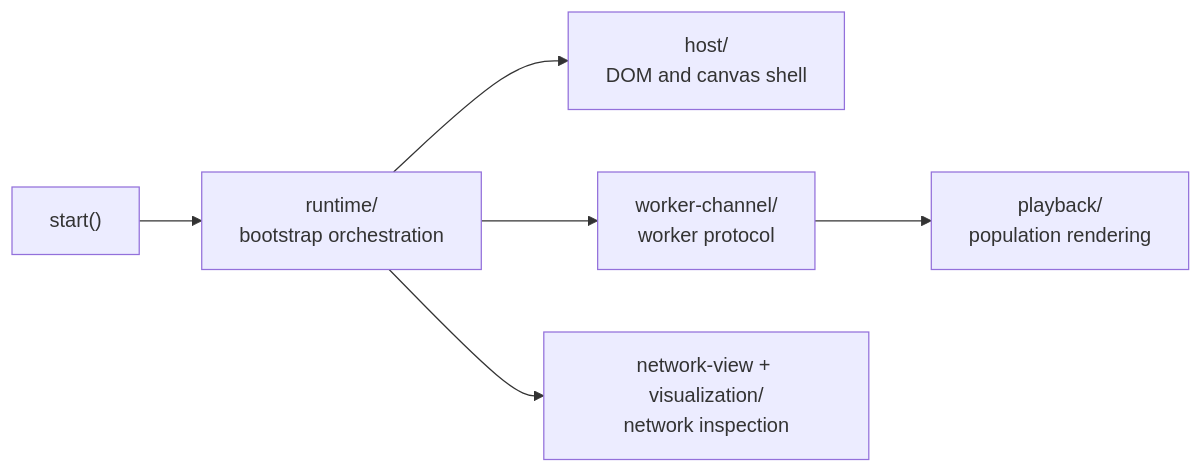
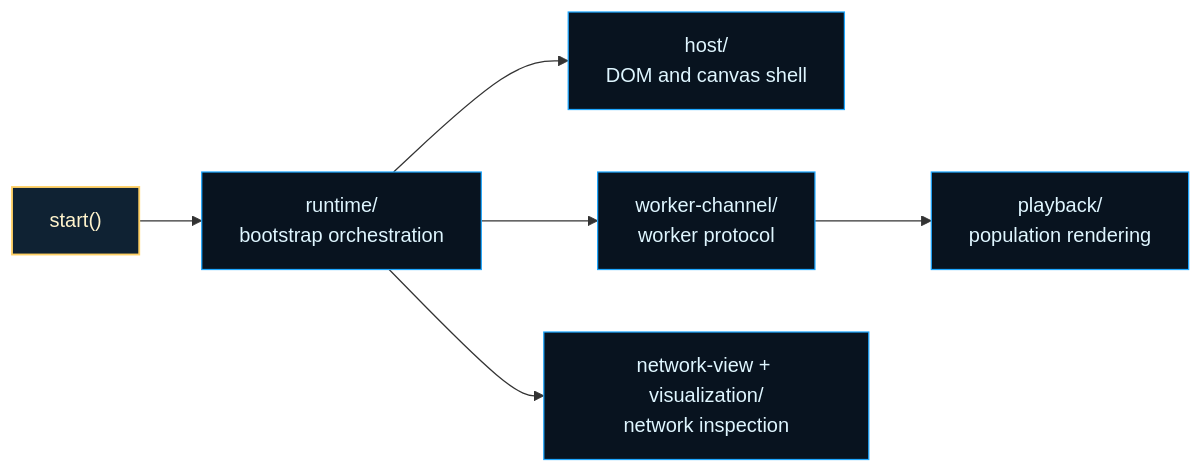
Before and after one commit to reicek/NeatapticTS: the first of 3 diagrams in test/examples/flappy_bird/browser-entry/README.md, drawn with Mermaid. The commit also changed other lines of this file and 121 other files, not shown here.

````diff
--- a/test/examples/flappy_bird/browser-entry/README.md
+++ b/test/examples/flappy_bird/browser-entry/README.md
@@ -28,8 +33,11 @@
 ```mermaid
 flowchart LR
-    Start["start()"] --> Runtime["runtime/\nbootstrap orchestration"]
-    Runtime --> Host["host/\nDOM and canvas shell"]
-    Runtime --> Channel["worker-channel/\nworker protocol"]
-    Channel --> Playback["playback/\npopulation rendering"]
-    Runtime --> Network["network-view + visualization/\nnetwork inspection"]
+  classDef base fill:#08131f,stroke:#1ea7ff,color:#dff6ff,stroke-width:1px;
+  classDef accent fill:#0f2233,stroke:#ffd166,color:#fff4cc,stroke-width:1.5px;
+
+  Start["start()"]:::accent --> Runtime["runtime/\nbootstrap orchestration"]:::base
+  Runtime --> Host["host/\nDOM and canvas shell"]:::base
+  Runtime --> Channel["worker-channel/\nworker protocol"]:::base
+  Channel --> Playback["playback/\npopulation rendering"]:::base
+  Runtime --> Network["network-view + visualization/\nnetwork inspection"]:::base
 ```
````
